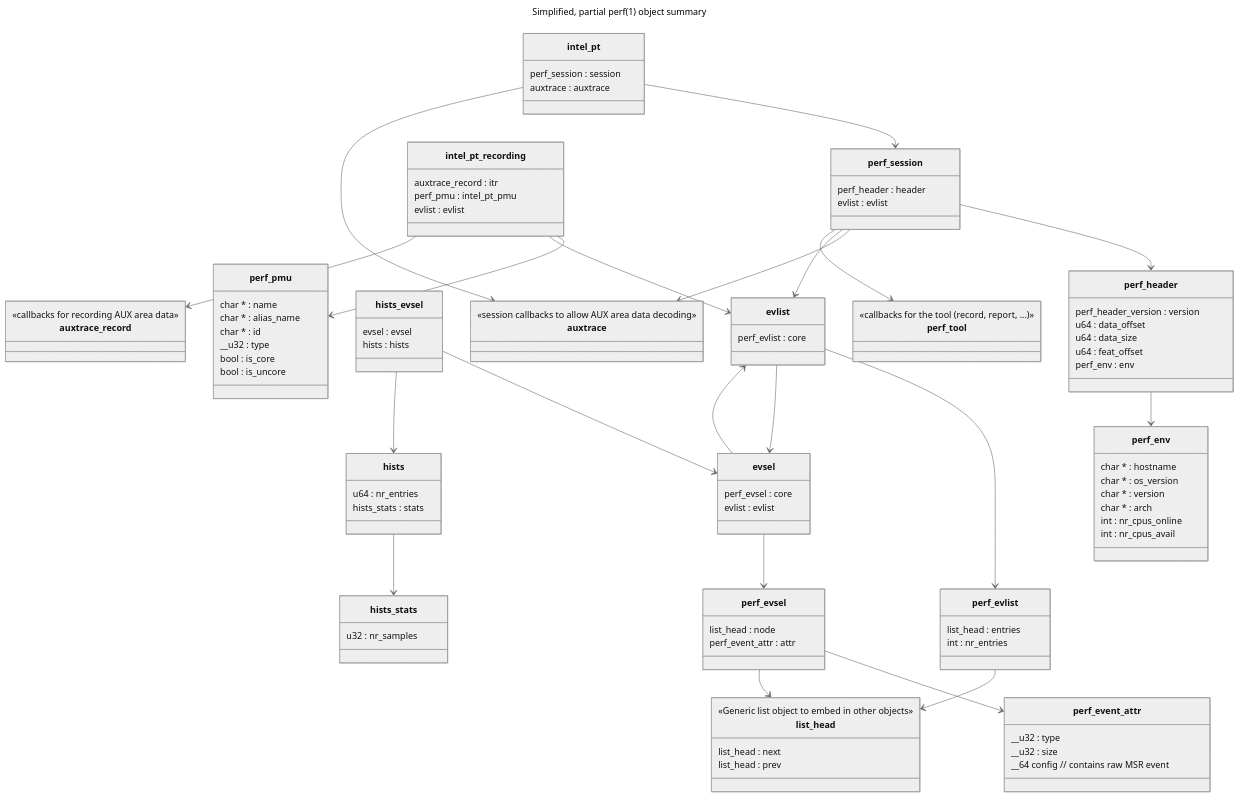
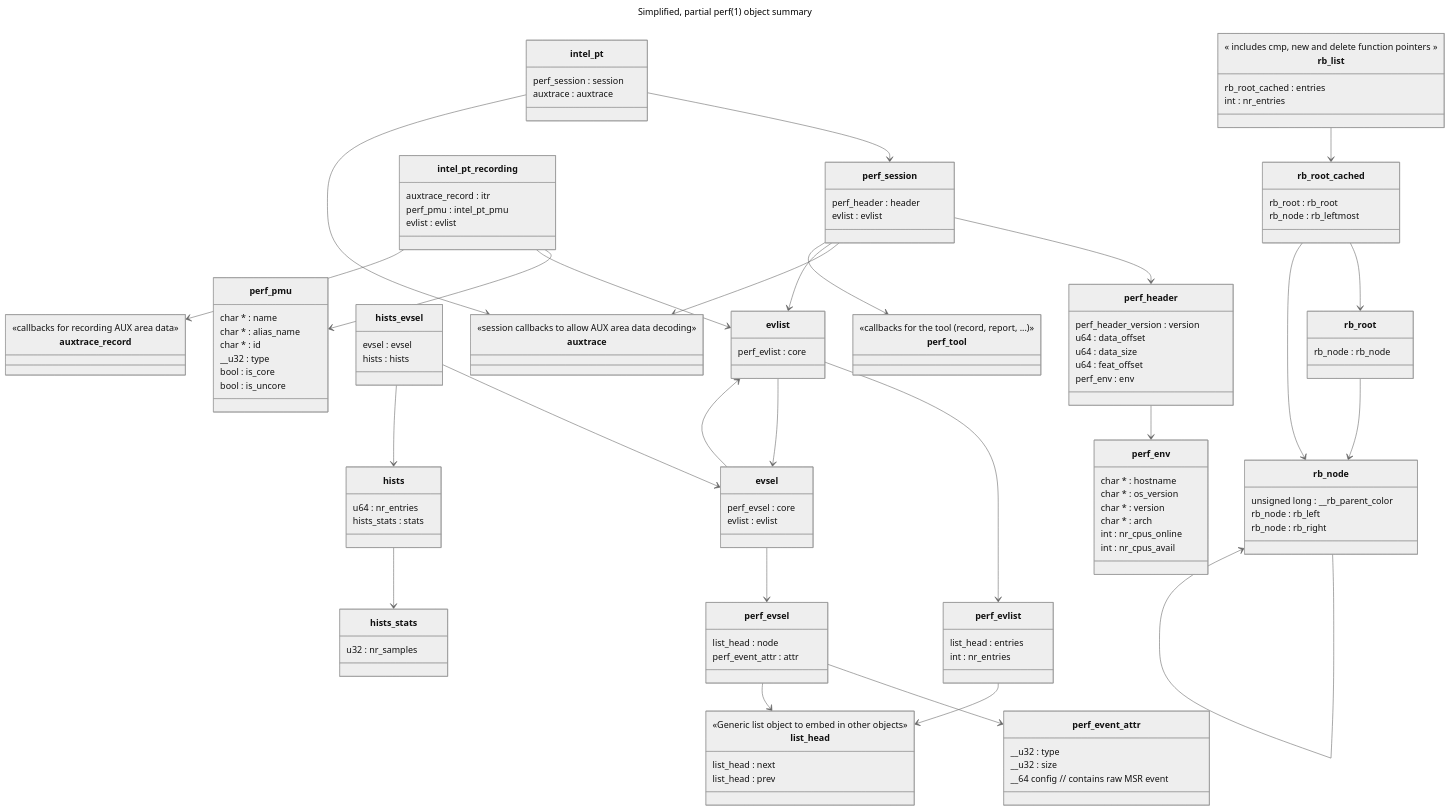
The diagram in mermaid-classes-2.md (jamesodhunt/foo), drawn with Mermaid (neutral theme) before and after one commit.

````diff
--- a/mermaid-classes-2.md
+++ b/mermaid-classes-2.md
@@ -104,6 +104,27 @@
       <<callbacks for the tool (record, report, ...)>>
     }
 
+    class rb_list {
+      << includes cmp, new and delete function pointers >>
+      rb_root_cached : entries
+      int : nr_entries
+    }
+
+    class rb_node {
+      unsigned long : __rb_parent_color
+      rb_node : rb_left
+      rb_node : rb_right
+    }
+
+    class rb_root {
+      rb_node : rb_node
+    }
+
+    class rb_root_cached {
+      rb_root : rb_root
+      rb_node : rb_leftmost 
+    }
+
     %% -------------------------------------------
     %% Define relationships
 
@@ -127,4 +148,11 @@
     hists --> hists_stats
     hists_evsel --> evsel
     hists_evsel --> hists
+
+    rb_node --> rb_node
+    rb_root --> rb_node
+    rb_root_cached --> rb_root
+    rb_root_cached --> rb_node
+    rb_list --> rb_root_cached
+
 ```
````
